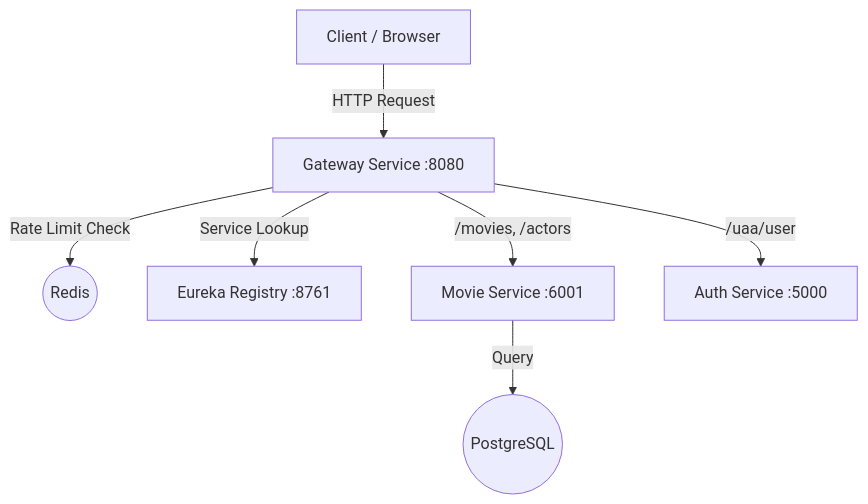
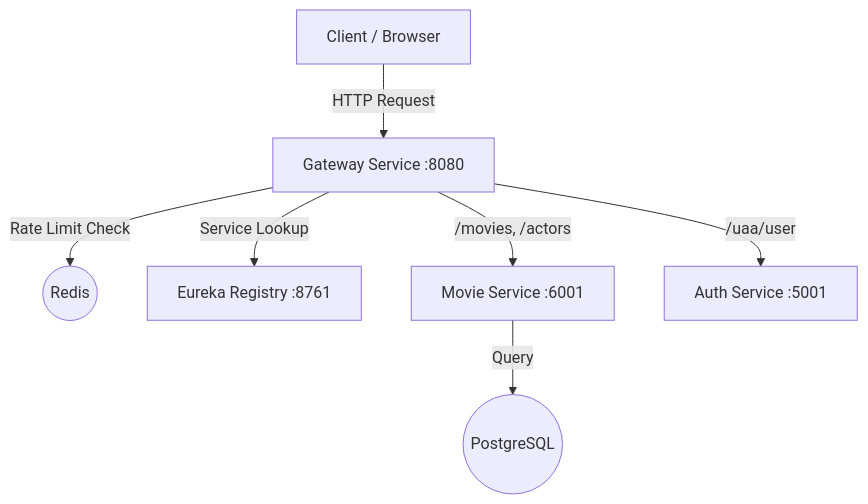
The diagram in README.md (z-raw/armdb), drawn with Mermaid before and after one commit. The commit also changed other lines of this file and 1 other file, not shown here.

````diff
--- a/README.md
+++ b/README.md
@@ -39,9 +39,9 @@
 ```mermaid
 graph TD
     Client[Client / Browser] -->|HTTP Request| Gateway[Gateway Service :8080]
     Gateway -->|Rate Limit Check| Redis((Redis))
     Gateway -->|Service Lookup| Registry[Eureka Registry :8761]
     Gateway -->|/movies, /actors| MovieService[Movie Service :6001]
-    Gateway -->|/uaa/user| AuthService[Auth Service :5000]
+    Gateway -->|/uaa/user| AuthService[Auth Service :5001]
     MovieService -->|Query| DB((PostgreSQL))
 ```
````
